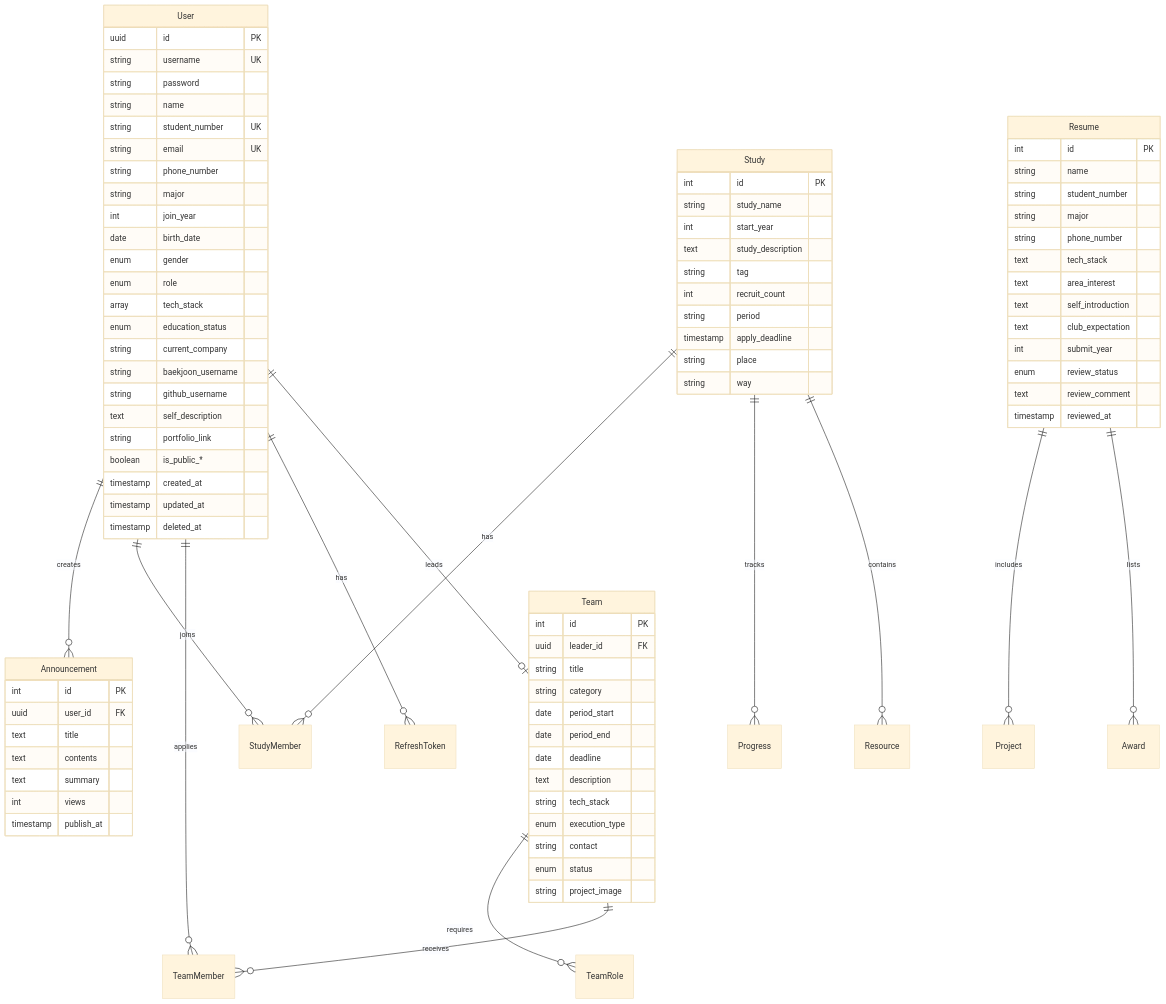
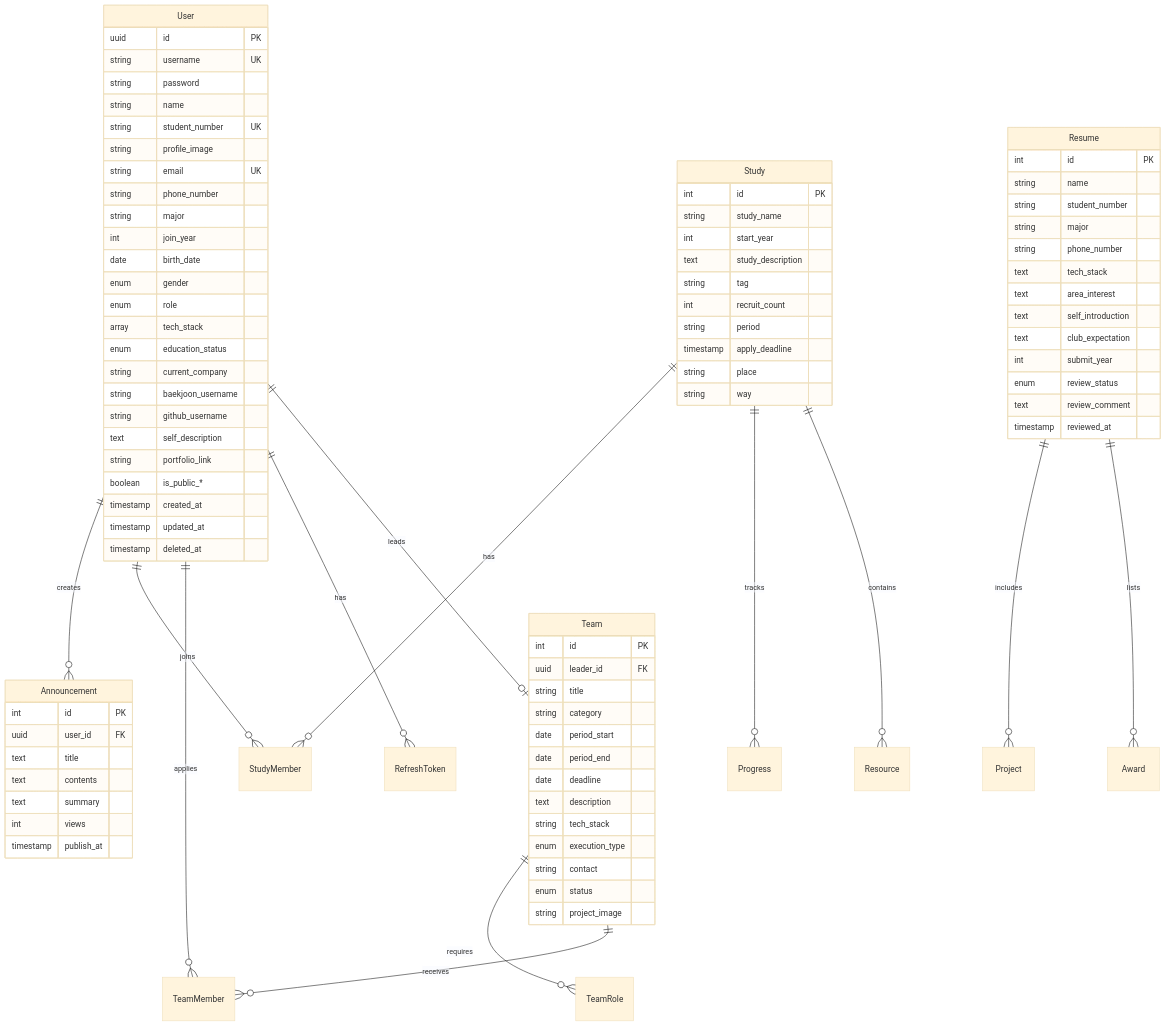
Before and after one commit to TeamCrazyPerformance/TCP_Website_2025: the third of 4 diagrams in docs/PROJECT_DOCUMENTATION.md, drawn with Mermaid (base theme). The commit also changed other lines of this file, not shown here.

```diff
--- a/docs/PROJECT_DOCUMENTATION.md
+++ b/docs/PROJECT_DOCUMENTATION.md
@@ -633,6 +725,7 @@
         string password
         string name
         string student_number UK
+        string profile_image
         string email UK
         string phone_number
         string major
```
